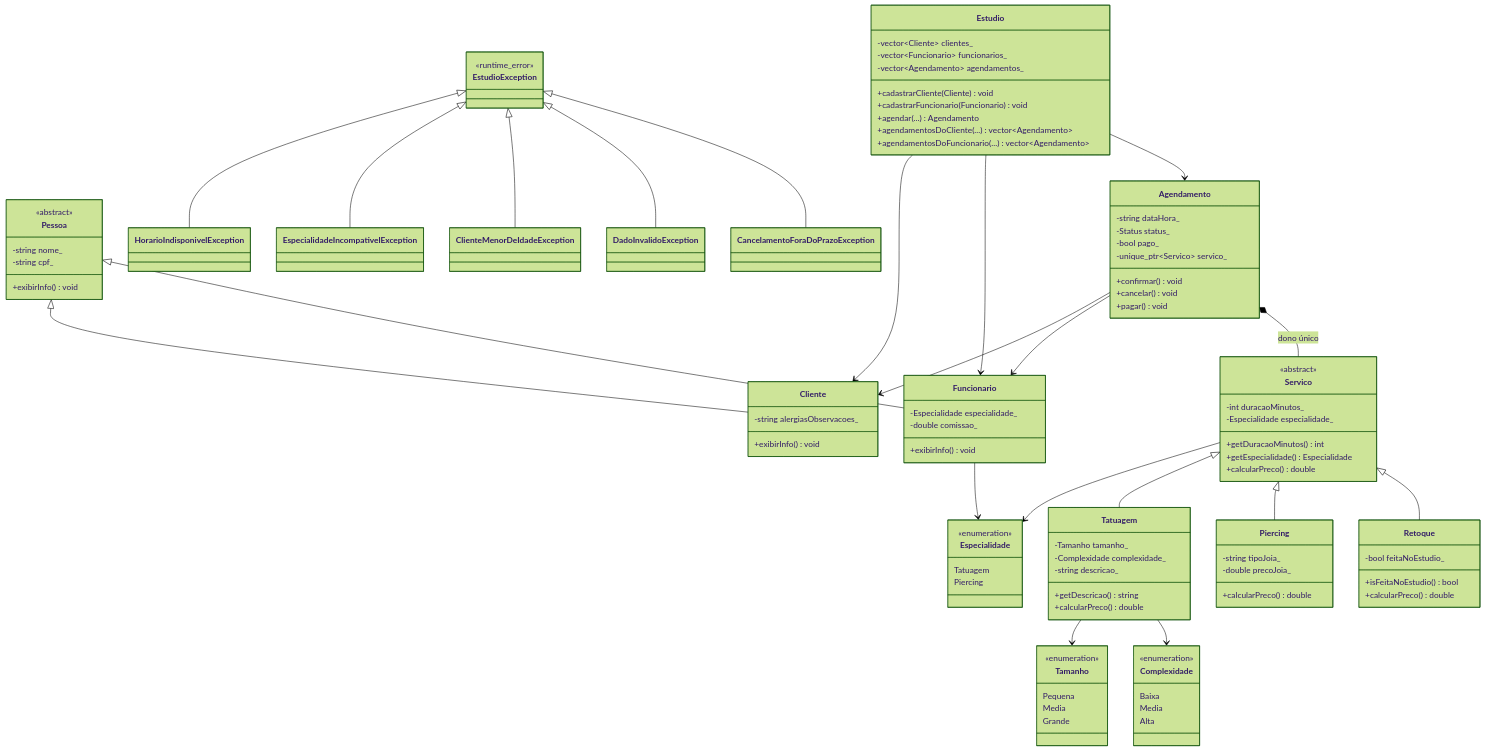
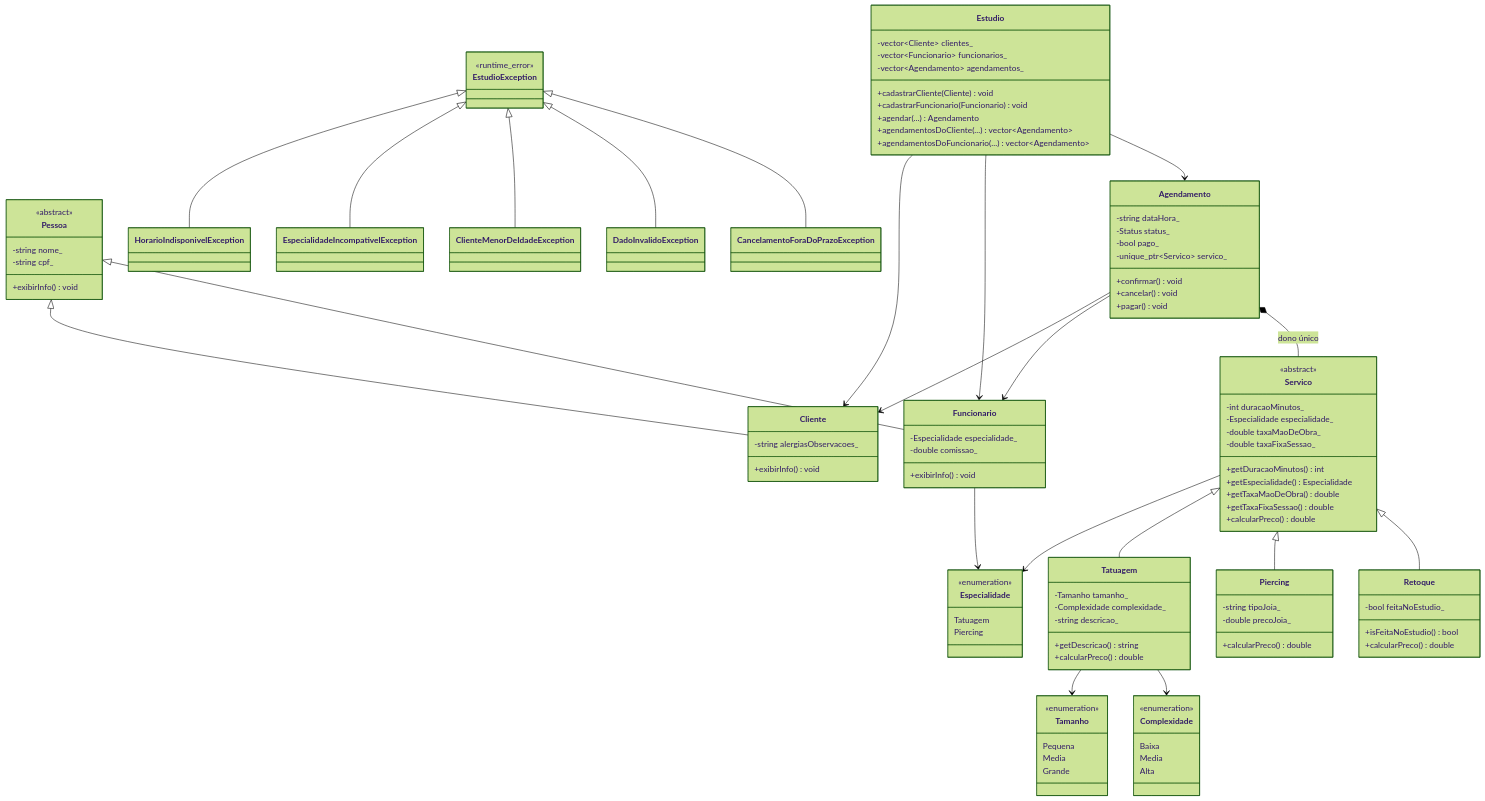
Before and after one commit to lfvperes/estudio-tatuagem: the diagram in README.md, drawn with Mermaid (forest theme). The commit also changed 6 other files, not shown here.

Commit message:
refactor: :recycle: move taxa fixa e mão de obra para atributos de Servico

```diff
--- a/README.md
+++ b/README.md
@@ -58,8 +58,12 @@
         <<abstract>>
         -int duracaoMinutos_
         -Especialidade especialidade_
+        -double taxaMaoDeObra_
+        -double taxaFixaSessao_
         +getDuracaoMinutos() int
         +getEspecialidade() Especialidade
+        +getTaxaMaoDeObra() double
+        +getTaxaFixaSessao() double
         +calcularPreco() double
     }
 
```
